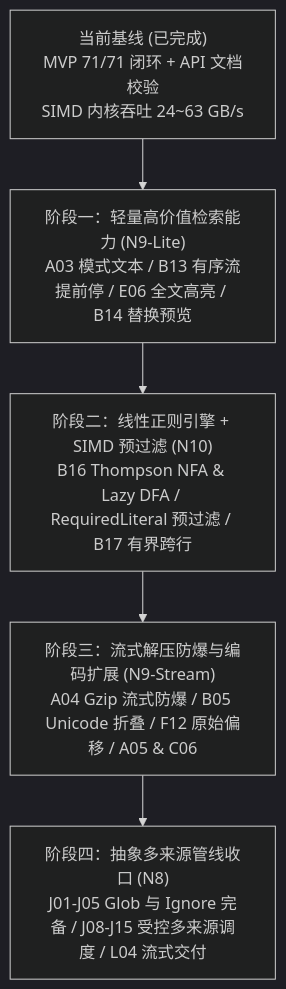
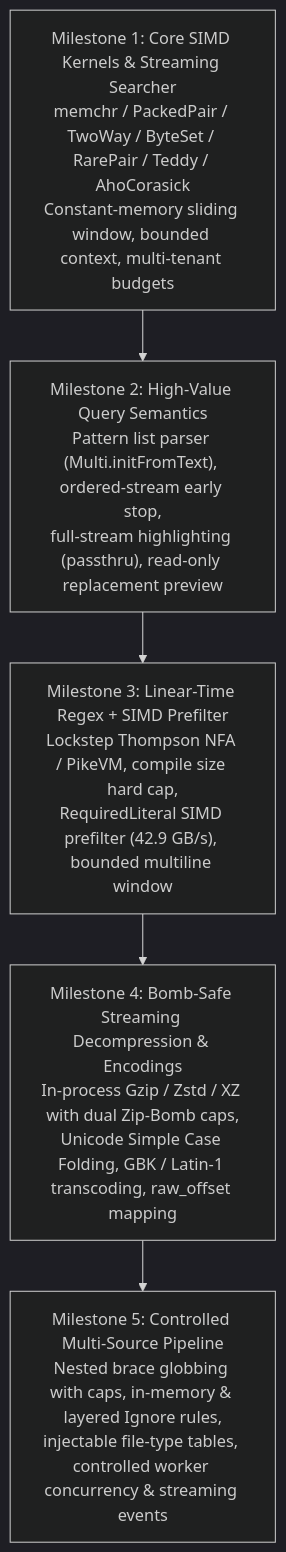
One commit to fun7257/libwebgrep changed the diagram in docs/ROADMAP.md. Above: the diagram before and after it, drawn with Mermaid (dark theme). The commit also changed other lines of this file and 46 other files, not shown here.

````diff
--- a/docs/ROADMAP.md
+++ b/docs/ROADMAP.md
@@ -9,7 +5,7 @@
 ```mermaid
 flowchart TD
-    Base["当前基线 (已完成)<br/>MVP 71/71 闭环 + API 文档校验<br/>SIMD 内核吞吐 24~63 GB/s"] --> S1["阶段一：轻量高价值检索能力 (N9-Lite)<br/>A03 模式文本 / B13 有序流提前停 / E06 全文高亮 / B14 替换预览"]
-    S1 --> S2["阶段二：线性正则引擎 + SIMD 预过滤 (N10)<br/>B16 Thompson NFA & Lazy DFA / RequiredLiteral 预过滤 / B17 有界跨行"]
-    S2 --> S3["阶段三：流式解压防爆与编码扩展 (N9-Stream)<br/>A04 Gzip 流式防爆 / B05 Unicode 折叠 / F12 原始偏移 / A05 & C06"]
-    S3 --> S4["阶段四：抽象多来源管线收口 (N8)<br/>J01-J05 Glob 与 Ignore 完备 / J08-J15 受控多来源调度 / L04 流式交付"]
+    M0["Milestone 1: Core SIMD Kernels & Streaming Searcher<br/>memchr / PackedPair / TwoWay / ByteSet / RarePair / Teddy / AhoCorasick<br/>Constant-memory sliding window, bounded context, multi-tenant budgets"] --> M1["Milestone 2: High-Value Query Semantics<br/>Pattern list parser (Multi.initFromText), ordered-stream early stop,<br/>full-stream highlighting (passthru), read-only replacement preview"]
+    M1 --> M2["Milestone 3: Linear-Time Regex + SIMD Prefilter<br/>Lockstep Thompson NFA / PikeVM, compile size hard cap,<br/>RequiredLiteral SIMD prefilter (42.9 GB/s), bounded multiline window"]
+    M2 --> M3["Milestone 4: Bomb-Safe Streaming Decompression & Encodings<br/>In-process Gzip / Zstd / XZ with dual Zip-Bomb caps,<br/>Unicode Simple Case Folding, GBK / Latin-1 transcoding, raw_offset mapping"]
+    M3 --> M4["Milestone 5: Controlled Multi-Source Pipeline<br/>Nested brace globbing with caps, in-memory & layered Ignore rules,<br/>injectable file-type tables, controlled worker concurrency & streaming events"]
 ```
````
